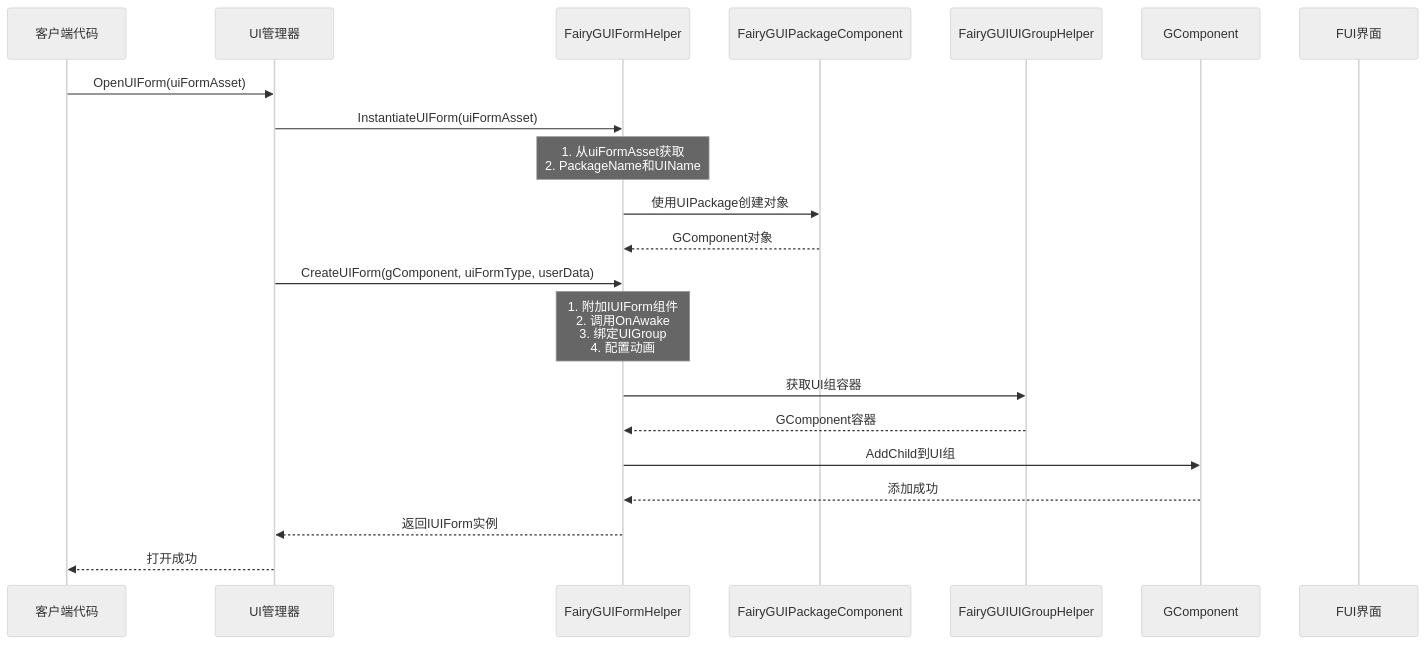
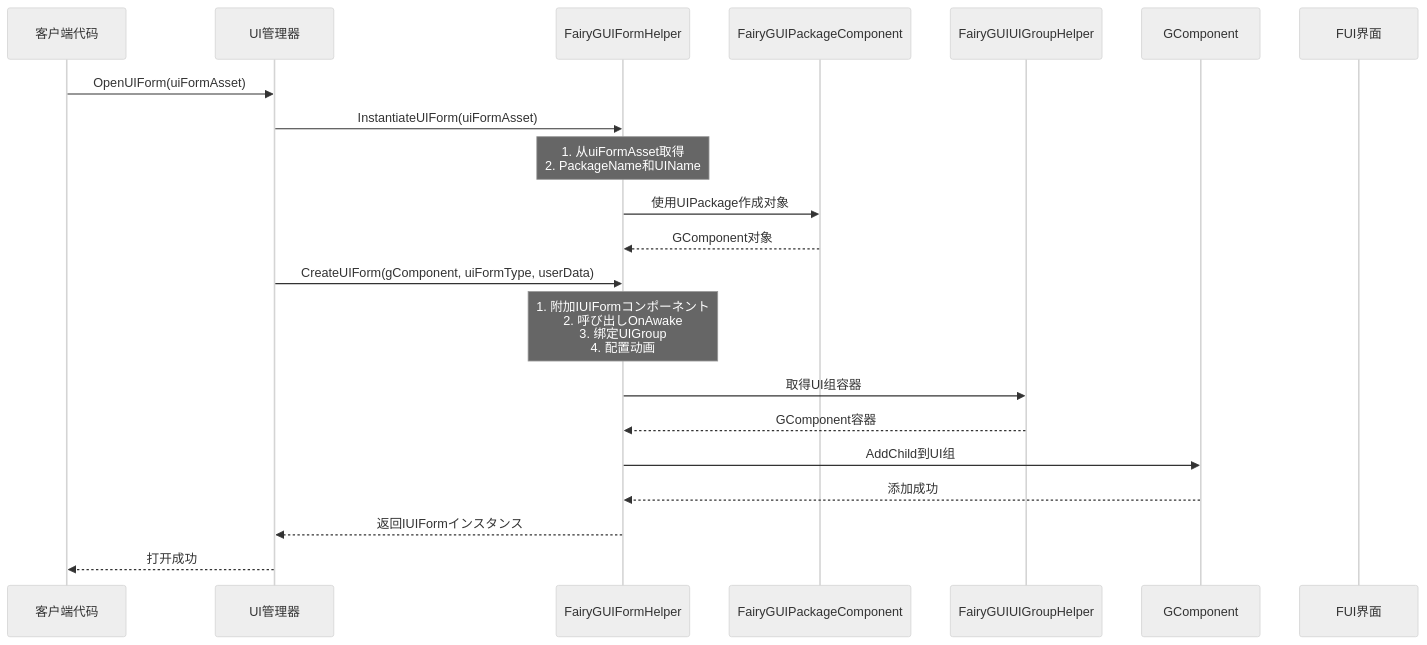
Before and after one commit to AlianBlank/GameFrameX.Docs: the second of 3 diagrams in docs/ja/client/unity/component/ui-fairygui/10.form-helper.md, drawn with Mermaid (neutral theme). The commit also changed other lines of this file and 603 other files, not shown here.

````diff
--- a/docs/ja/client/unity/component/ui-fairygui/10.form-helper.md
+++ b/docs/ja/client/unity/component/ui-fairygui/10.form-helper.md
@@ -242,24 +242,24 @@
 ```mermaid
 sequenceDiagram
     participant Client as 客户端代码
     participant UIMgr as UI管理器
     participant Helper as FairyGUIFormHelper
     participant Package as FairyGUIPackageComponent
     participant UIGroup as FairyGUIUIGroupHelper
     participant GComp as GComponent
     participant FUI as FUI界面
 
     Client->>UIMgr: OpenUIForm(uiFormAsset)
     UIMgr->>Helper: InstantiateUIForm(uiFormAsset)
-    Note over Helper: 1. 从uiFormAsset获取<br/>2. PackageName和UIName
-    Helper->>Package: 使用UIPackage创建对象
+    Note over Helper: 1. 从uiFormAsset取得<br/>2. PackageName和UIName
+    Helper->>Package: 使用UIPackage作成对象
     Package-->>Helper: GComponent对象
     UIMgr->>Helper: CreateUIForm(gComponent, uiFormType, userData)
-    Note over Helper: 1. 附加IUIForm组件<br/>2. 调用OnAwake<br/>3. 绑定UIGroup<br/>4. 配置动画
-    Helper->>UIGroup: 获取UI组容器
+    Note over Helper: 1. 附加IUIFormコンポーネント<br/>2. 呼び出しOnAwake<br/>3. 绑定UIGroup<br/>4. 配置动画
+    Helper->>UIGroup: 取得UI组容器
     UIGroup-->>Helper: GComponent容器
     Helper->>GComp: AddChild到UI组
     GComp-->>Helper: 添加成功
-    Helper-->>UIMgr: 返回IUIForm实例
+    Helper-->>UIMgr: 返回IUIFormインスタンス
     UIMgr-->>Client: 打开成功
 ```
````
